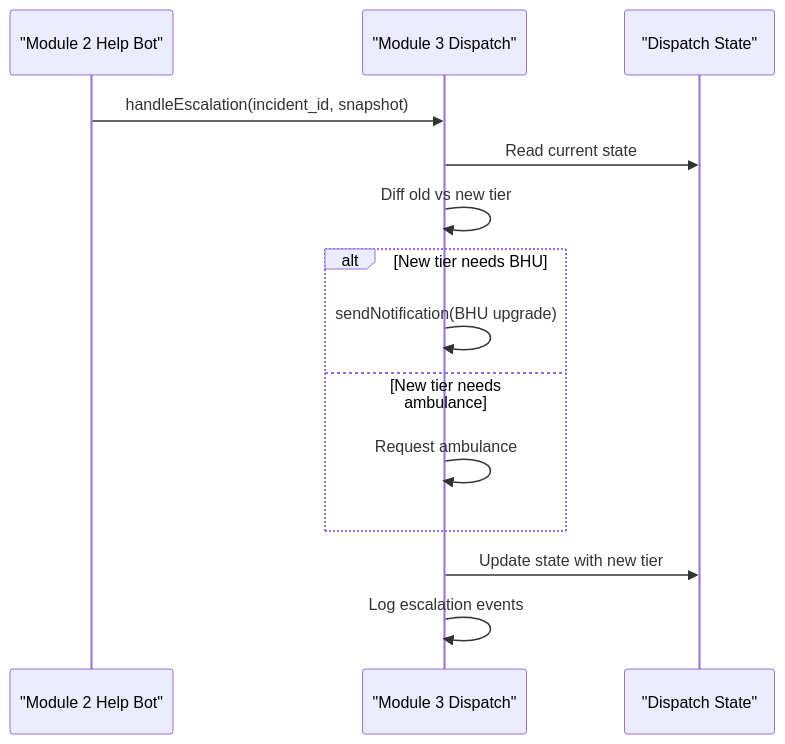
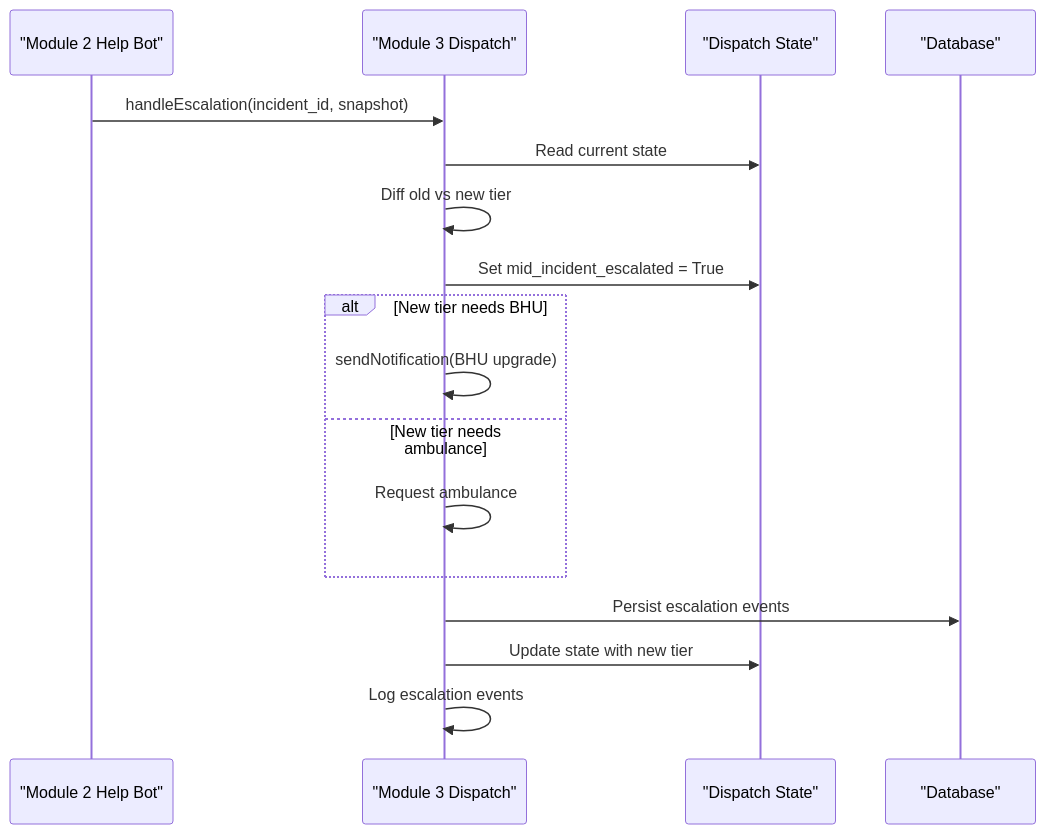
One commit to M-Rumman/LifeLine-Ride changed the eighth of 9 diagrams in .qoder/repowiki/en/content/Matching & Dispatch Engine.md. Above: the diagram before and after it, drawn with Mermaid. The commit also changed other lines of this file and 4121 other files, not shown here.

````diff
--- a/.qoder/repowiki/en/content/Matching & Dispatch Engine.md
+++ b/.qoder/repowiki/en/content/Matching & Dispatch Engine.md
@@ -280,16 +366,19 @@
 ```mermaid
 sequenceDiagram
 participant Module2 as "Module 2 Help Bot"
 participant Module3 as "Module 3 Dispatch"
 participant State as "Dispatch State"
+participant DB as "Database"
 Module2->>Module3 : handleEscalation(incident_id, snapshot)
 Module3->>State : Read current state
 Module3->>Module3 : Diff old vs new tier
+Module3->>State : Set mid_incident_escalated = True
 alt New tier needs BHU
 Module3->>Module3 : sendNotification(BHU upgrade)
 else New tier needs ambulance
 Module3->>Module3 : Request ambulance
 end
+Module3->>DB : Persist escalation events
 Module3->>State : Update state with new tier
 Module3->>Module3 : Log escalation events
 ```
````
